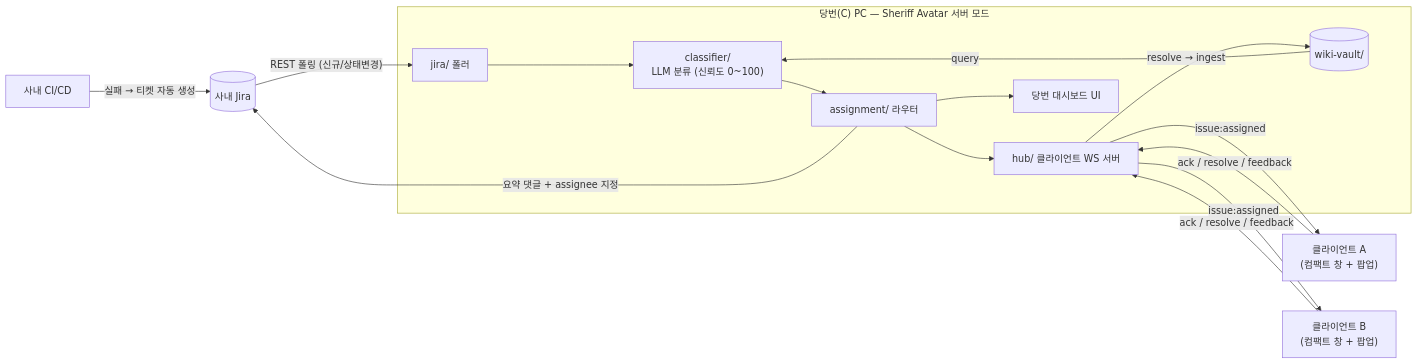
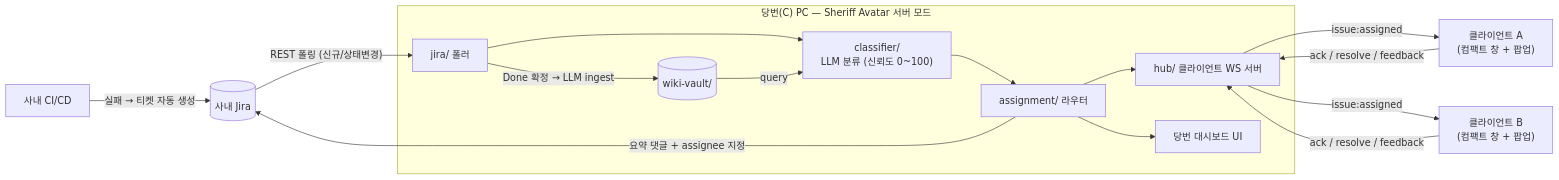
Before and after one commit to shin-son/sheriff-avatar-project: the diagram in docs/ARCHITECTURE.md, drawn with Mermaid. The commit also changed other lines of this file and 1 other file, not shown here.

First line of the commit message:
docs: make Jira Done the ingest trigger with LLM-written case log

````diff
--- a/docs/ARCHITECTURE.md
+++ b/docs/ARCHITECTURE.md
@@ -16,18 +16,18 @@
 ```mermaid
 flowchart LR
     CI["사내 CI/CD"] -- "실패 → 티켓 자동 생성" --> JIRA[("사내 Jira")]
     subgraph SERVER["당번(C) PC — Sheriff Avatar 서버 모드"]
         POLLER["jira/ 폴러"] --> CLS["classifier/<br/>LLM 분류 (신뢰도 0~100)"]
         WIKI[("wiki-vault/")] -- "query" --> CLS
         CLS --> ROUTER["assignment/ 라우터"]
         ROUTER --> HUB["hub/ 클라이언트 WS 서버"]
         ROUTER --> DASH["당번 대시보드 UI"]
-        HUB -- "resolve → ingest" --> WIKI
+        POLLER -- "Done 확정 → LLM ingest" --> WIKI
     end
     JIRA -- "REST 폴링 (신규/상태변경)" --> POLLER
     ROUTER -- "요약 댓글 + assignee 지정" --> JIRA
     HUB -- "issue:assigned" --> A["클라이언트 A<br/>(컴팩트 창 + 팝업)"]
     HUB -- "issue:assigned" --> B["클라이언트 B<br/>(컴팩트 창 + 팝업)"]
     A -- "ack / resolve / feedback" --> HUB
     B -- "ack / resolve / feedback" --> HUB
 ```
````
